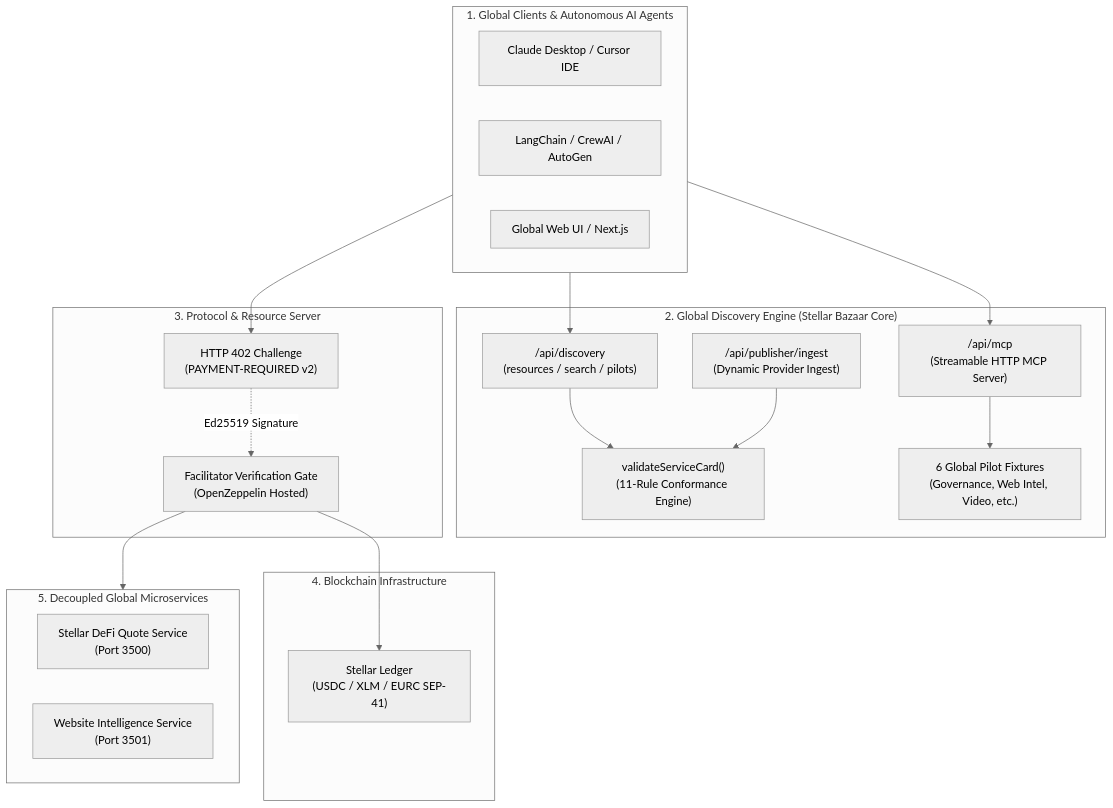
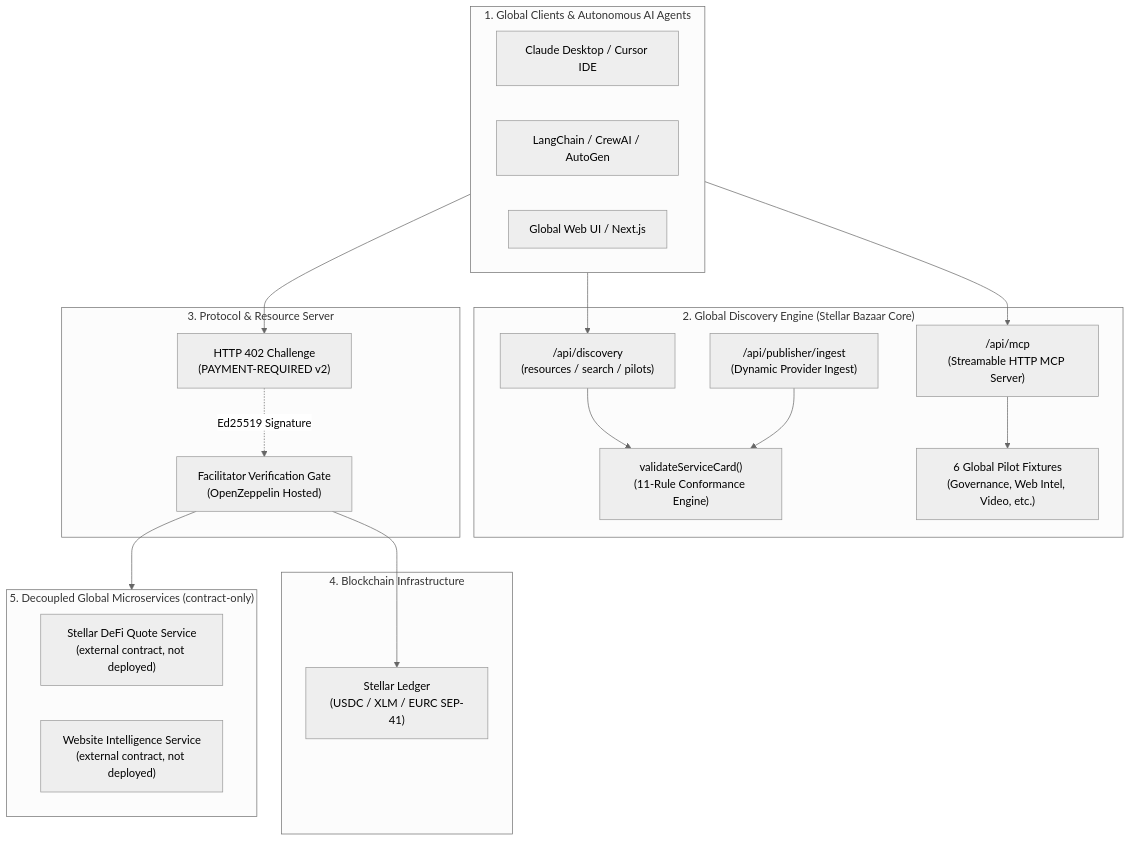
The first of 2 diagrams in README.md (CaBsCrypto/stellar-bazaar-x402), drawn with Mermaid (neutral theme) before and after one commit. The commit also changed other lines of this file and 1 other file, not shown here.

Commit message:
docs: polish bilingual READMEs - settlement evidence table, full test batteries, honest architecture, expanded docs index

````diff
--- a/README.md
+++ b/README.md
@@ -53,41 +55,41 @@
 ```mermaid
 flowchart TD
     subgraph Clients["1. Global Clients & Autonomous AI Agents"]
         Claude["Claude Desktop / Cursor IDE"]
         LangChain["LangChain / CrewAI / AutoGen"]
         WebUI["Global Web UI / Next.js"]
     end
 
     subgraph Bazaar["2. Global Discovery Engine (Stellar Bazaar Core)"]
         MCPServer["/api/mcp<br/>(Streamable HTTP MCP Server)"]
         RESTDiscovery["/api/discovery<br/>(resources / search / pilots)"]
         Validator["validateServiceCard()<br/>(11-Rule Conformance Engine)"]
         DynamicRegistry["/api/publisher/ingest<br/>(Dynamic Provider Ingest)"]
         PilotCatalog["6 Global Pilot Fixtures<br/>(Governance, Web Intel, Video, etc.)"]
     end
 
     subgraph x402Layer["3. Protocol & Resource Server"]
         Challenge402["HTTP 402 Challenge<br/>(PAYMENT-REQUIRED v2)"]
         FacilitatorGate["Facilitator Verification Gate<br/>(OpenZeppelin Hosted)"]
     end
 
     subgraph Settlement["4. Blockchain Infrastructure"]
         Testnet["Stellar Ledger<br/>(USDC / XLM / EURC SEP-41)"]
     end
 
-    subgraph Providers["5. Decoupled Global Microservices"]
-        DeFiService["Stellar DeFi Quote Service<br/>(Port 3500)"]
-        WebIntelService["Website Intelligence Service<br/>(Port 3501)"]
+    subgraph Providers["5. Decoupled Global Microservices (contract-only)"]
+        DeFiService["Stellar DeFi Quote Service<br/>(external contract, not deployed)"]
+        WebIntelService["Website Intelligence Service<br/>(external contract, not deployed)"]
     end
 
     Clients --> MCPServer
     Clients --> RESTDiscovery
     RESTDiscovery --> Validator
     MCPServer --> PilotCatalog
     DynamicRegistry --> Validator
 
     Clients --> Challenge402
     Challenge402 -. "Ed25519 Signature" .-> FacilitatorGate
     FacilitatorGate --> Testnet
     FacilitatorGate --> Providers
 ```
````
